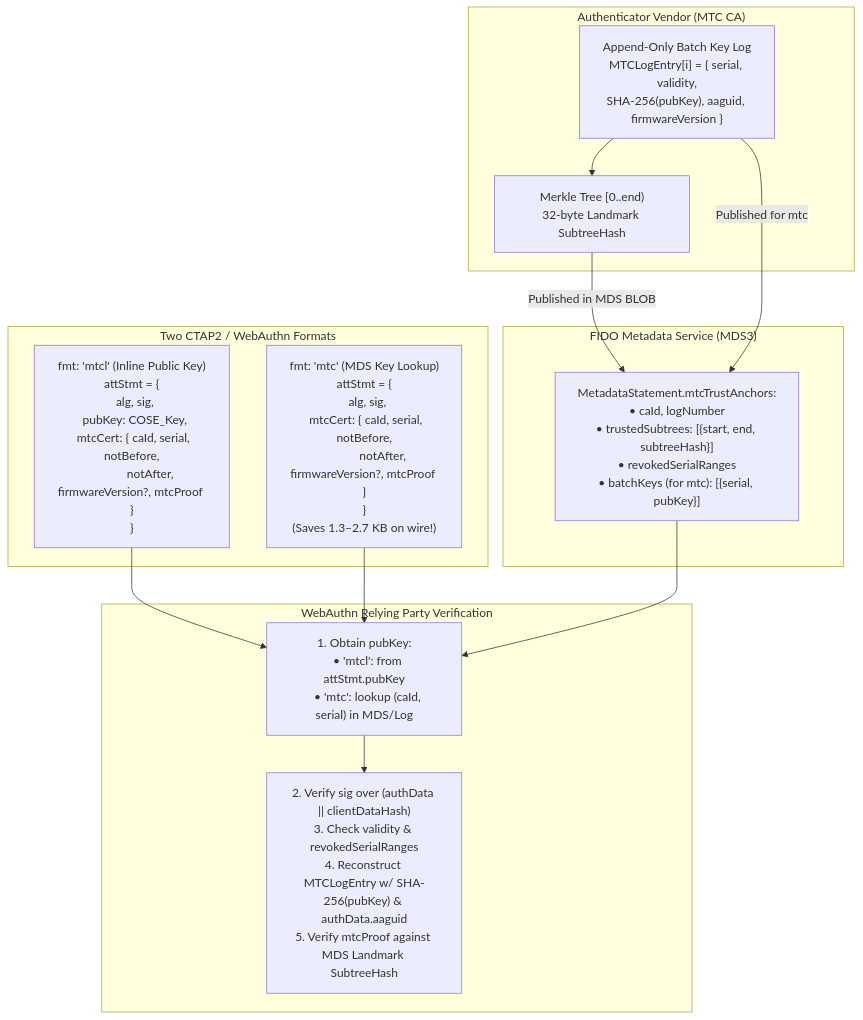
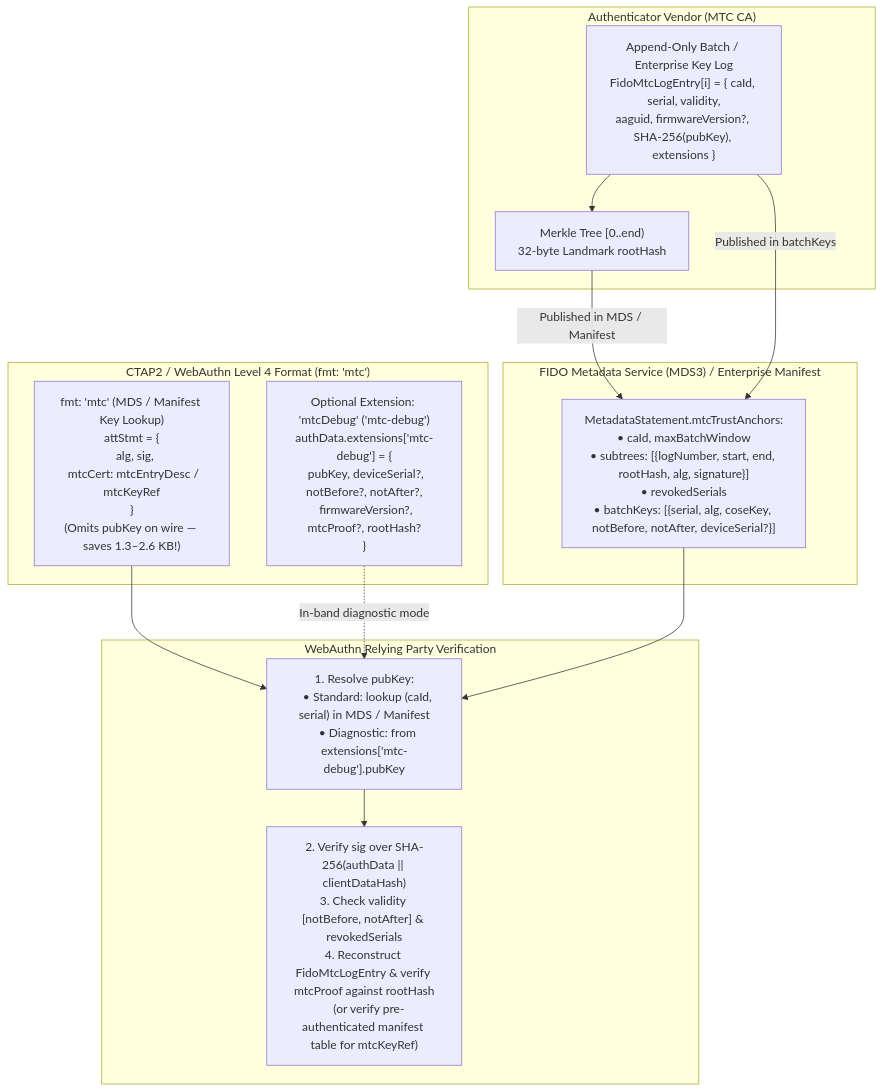
The first of 4 diagrams in pq_mtc_attestation_proposal.md (ve7jtb/ve7jtb.github.io), drawn with Mermaid before and after one commit. The commit also changed other lines of this file and 3 other files, not shown here.

Commit message:
Remove fmt: mtcl from PQ MTC attestation proposal and index to align with WebAuthn Level 4 PR

````diff
--- a/pq_mtc_attestation_proposal.md
+++ b/pq_mtc_attestation_proposal.md
@@ -69,29 +70,29 @@
 ```mermaid
 flowchart TB
     subgraph Vendor["Authenticator Vendor (MTC CA)"]
-        Log["Append-Only Batch Key Log\nMTCLogEntry[i] = { serial, validity,\nSHA-256(pubKey), aaguid, firmwareVersion }"]
-        Tree["Merkle Tree [0..end)\n32-byte Landmark SubtreeHash"]
+        Log["Append-Only Batch / Enterprise Key Log\nFidoMtcLogEntry[i] = { caId, serial, validity,\naaguid, firmwareVersion?, SHA-256(pubKey), extensions }"]
+        Tree["Merkle Tree [0..end)\n32-byte Landmark rootHash"]
         Log --> Tree
     end
 
-    subgraph MDS["FIDO Metadata Service (MDS3)"]
-        Stmt["MetadataStatement.mtcTrustAnchors:\n• caId, logNumber\n• trustedSubtrees: [{start, end, subtreeHash}]\n• revokedSerialRanges\n• batchKeys (for mtc): [{serial, pubKey}]"]
+    subgraph MDS["FIDO Metadata Service (MDS3) / Enterprise Manifest"]
+        Stmt["MetadataStatement.mtcTrustAnchors:\n• caId, maxBatchWindow\n• subtrees: [{logNumber, start, end, rootHash, alg, signature}]\n• revokedSerials\n• batchKeys: [{serial, alg, coseKey, notBefore, notAfter, deviceSerial?}]"]
     end
 
-    subgraph Formats["Two CTAP2 / WebAuthn Formats"]
-        MTC["fmt: 'mtcl' (Inline Public Key)\nattStmt = {\n  alg, sig,\n  pubKey: COSE_Key,\n  mtcCert: { caId, serial, notBefore,\n             notAfter, firmwareVersion?, mtcProof }\n}"]
-        MTCC["fmt: 'mtc' (MDS Key Lookup)\nattStmt = {\n  alg, sig,\n  mtcCert: { caId, serial, notBefore,\n             notAfter, firmwareVersion?, mtcProof }\n}\n(Saves 1.3–2.7 KB on wire!)"]
+    subgraph Format["CTAP2 / WebAuthn Level 4 Format (fmt: 'mtc')"]
+        MTCC["fmt: 'mtc' (MDS / Manifest Key Lookup)\nattStmt = {\n  alg, sig,\n  mtcCert: mtcEntryDesc / mtcKeyRef\n}\n(Omits pubKey on wire — saves 1.3–2.6 KB!)"]
+        MTCD["Optional Extension: 'mtcDebug' ('mtc-debug')\nauthData.extensions['mtc-debug'] = {\n  pubKey, deviceSerial?, notBefore?, notAfter?,\n  firmwareVersion?, mtcProof?, rootHash?\n}"]
     end
 
     subgraph RP["WebAuthn Relying Party Verification"]
-        V1["1. Obtain pubKey:\n   • 'mtcl': from attStmt.pubKey\n   • 'mtc': lookup (caId, serial) in MDS/Log"]
-        V2["2. Verify sig over (authData || clientDataHash)\n3. Check validity & revokedSerialRanges\n4. Reconstruct MTCLogEntry w/ SHA-256(pubKey) & authData.aaguid\n5. Verify mtcProof against MDS Landmark SubtreeHash"]
+        V1["1. Resolve pubKey:\n   • Standard: lookup (caId, serial) in MDS / Manifest\n   • Diagnostic: from extensions['mtc-debug'].pubKey"]
+        V2["2. Verify sig over SHA-256(authData || clientDataHash)\n3. Check validity [notBefore, notAfter] & revokedSerials\n4. Reconstruct FidoMtcLogEntry & verify mtcProof against rootHash\n   (or verify pre-authenticated manifest table for mtcKeyRef)"]
         V1 --> V2
     end
 
-    Tree -->|"Published in MDS BLOB"| Stmt
-    Log -->|"Published for mtc"| Stmt
-    MTC --> V1
+    Tree -->|"Published in MDS / Manifest"| Stmt
+    Log -->|"Published in batchKeys"| Stmt
     MTCC --> V1
+    MTCD -.->|"In-band diagnostic mode"| V1
     Stmt --> V1
 ```
````
